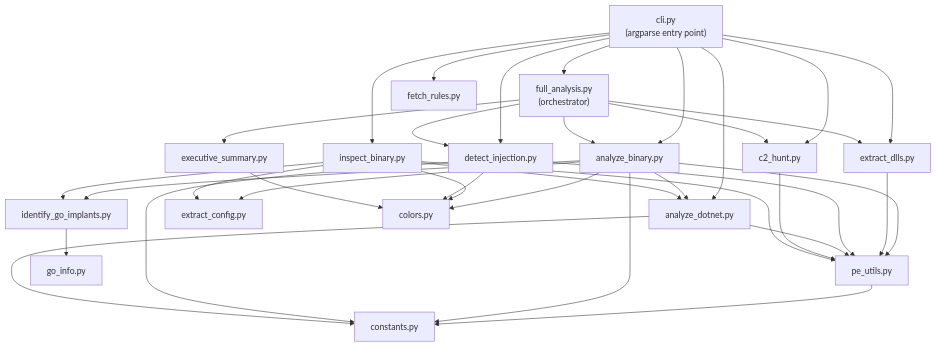
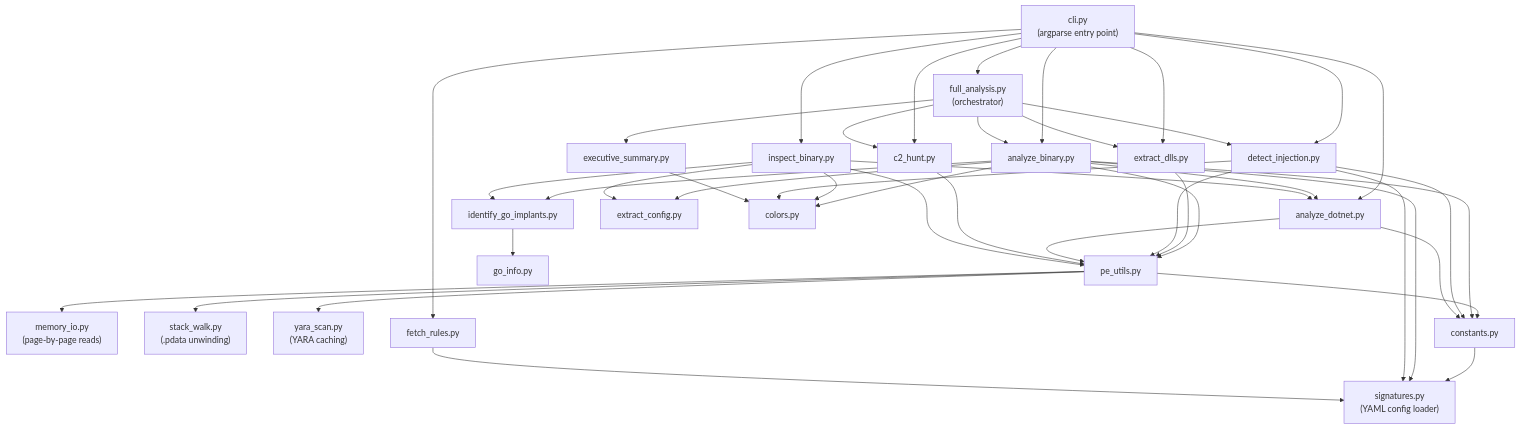
One commit to VisionSecurityLabs/memdump-toolkit changed the third of 4 diagrams in docs/ARCHITECTURE.md. Above: the diagram before and after it, drawn with Mermaid. The commit also changed other lines of this file and 20 other files, not shown here.

````diff
--- a/docs/ARCHITECTURE.md
+++ b/docs/ARCHITECTURE.md
@@ -644,42 +672,51 @@
 ```mermaid
 flowchart TD
     CLI["cli.py\n(argparse entry point)"] --> FULL["full_analysis.py\n(orchestrator)"]
     CLI --> EDLL["extract_dlls.py"]
     CLI --> INJ["detect_injection.py"]
     CLI --> AB["analyze_binary.py"]
     CLI --> DOT["analyze_dotnet.py"]
     CLI --> C2["c2_hunt.py"]
 
     FULL --> EDLL
     FULL --> INJ
     FULL --> AB
     FULL --> C2
     FULL --> EXEC["executive_summary.py"]
 
     AB --> DOT
     AB --> GO["identify_go_implants.py"]
     AB --> CFG["extract_config.py"]
     AB --> PEU["pe_utils.py"]
 
     EDLL --> PEU
     INJ --> PEU
     DOT --> PEU
     C2 --> PEU
 
+    PEU --> MIO["memory_io.py\n(page-by-page reads)"]
+    PEU --> SW["stack_walk.py\n(.pdata unwinding)"]
+    PEU --> YS["yara_scan.py\n(YARA caching)"]
+
     PEU --> CONST["constants.py"]
     AB --> CONST
     INJ --> CONST
     DOT --> CONST
 
+    CONST --> SIG["signatures.py\n(YAML config loader)"]
+    AB --> SIG
+    INJ --> SIG
+
     GO --> GOINFO["go_info.py"]
     CLI --> INSP["inspect_binary.py"]
     CLI --> FR["fetch_rules.py"]
+    FR --> SIG
     INSP --> GO
     INSP --> DOT
     INSP --> CFG
     INSP --> PEU
     AB --> COL["colors.py"]
     INSP --> COL
     INJ --> COL
     EXEC --> COL
 ```
````
